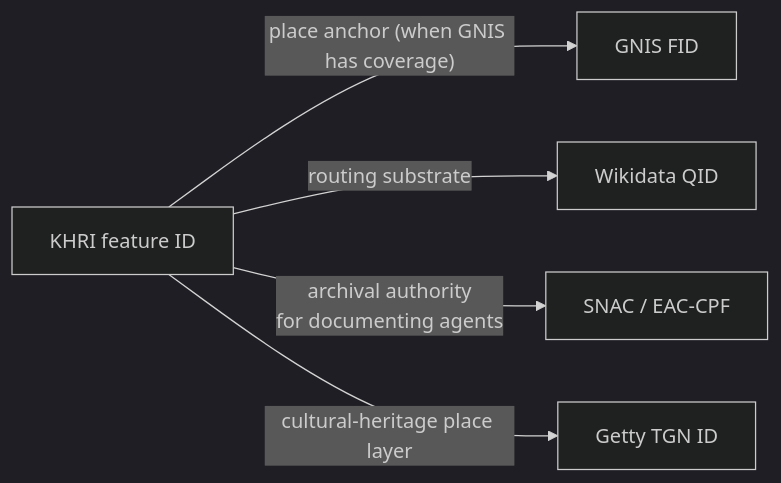
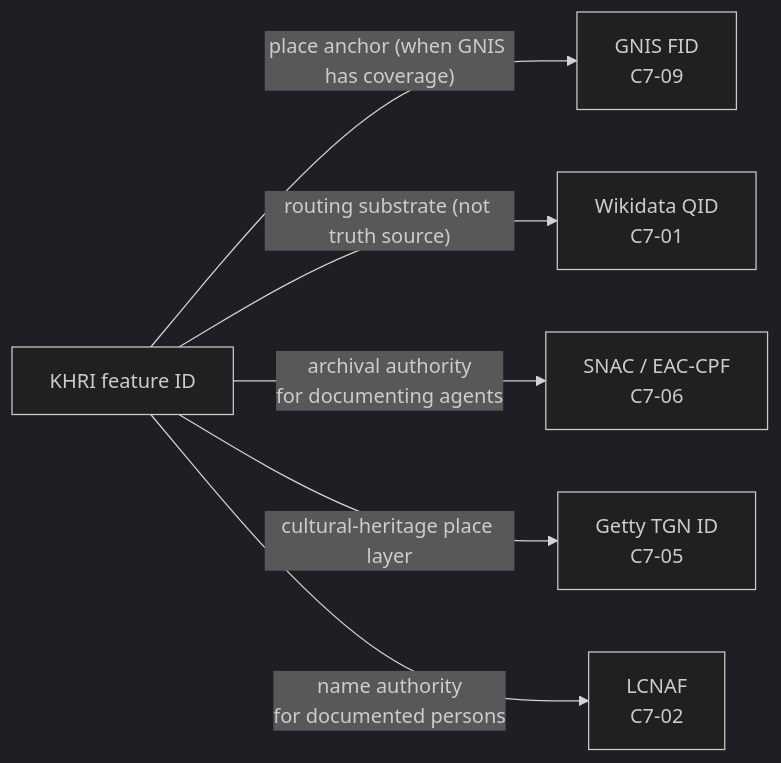
The second of 2 diagrams in docs/sources/catalog/kansas/khri.md (bartytime4life/Kansas-Frontier-Matrix), drawn with Mermaid (dark theme) before and after one commit. The commit also changed other lines of this file, not shown here.

````diff
--- a/docs/sources/catalog/kansas/khri.md
+++ b/docs/sources/catalog/kansas/khri.md
@@ -301,13 +400,15 @@
 ```mermaid
 graph LR
     KHRI[KHRI feature ID]
-    GNIS[GNIS FID]
-    Wikidata[Wikidata QID]
-    SNAC[SNAC / EAC-CPF]
-    TGN[Getty TGN ID]
+    GNIS[GNIS FID<br/>C7-09]
+    Wikidata[Wikidata QID<br/>C7-01]
+    SNAC[SNAC / EAC-CPF<br/>C7-06]
+    TGN[Getty TGN ID<br/>C7-05]
+    LCNAF[LCNAF<br/>C7-02]
 
     KHRI -- "place anchor (when GNIS has coverage)" --> GNIS
-    KHRI -- "routing substrate" --> Wikidata
+    KHRI -- "routing substrate (not truth source)" --> Wikidata
     KHRI -- "archival authority<br/>for documenting agents" --> SNAC
     KHRI -- "cultural-heritage place layer" --> TGN
+    KHRI -- "name authority<br/>for documented persons" --> LCNAF
 ```
````
